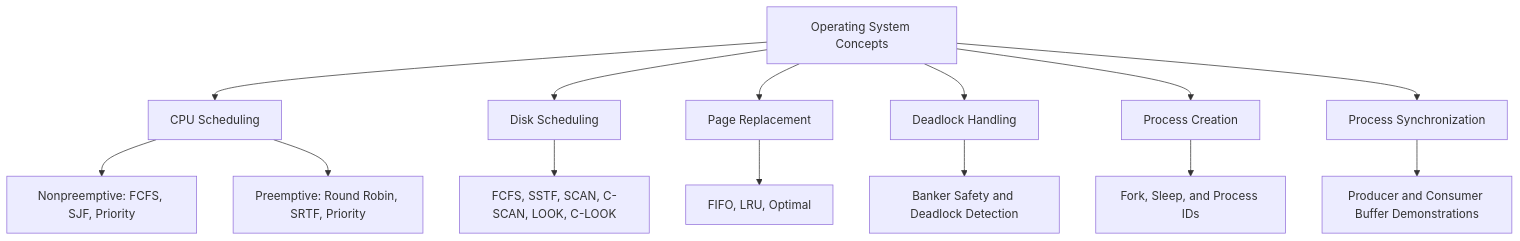
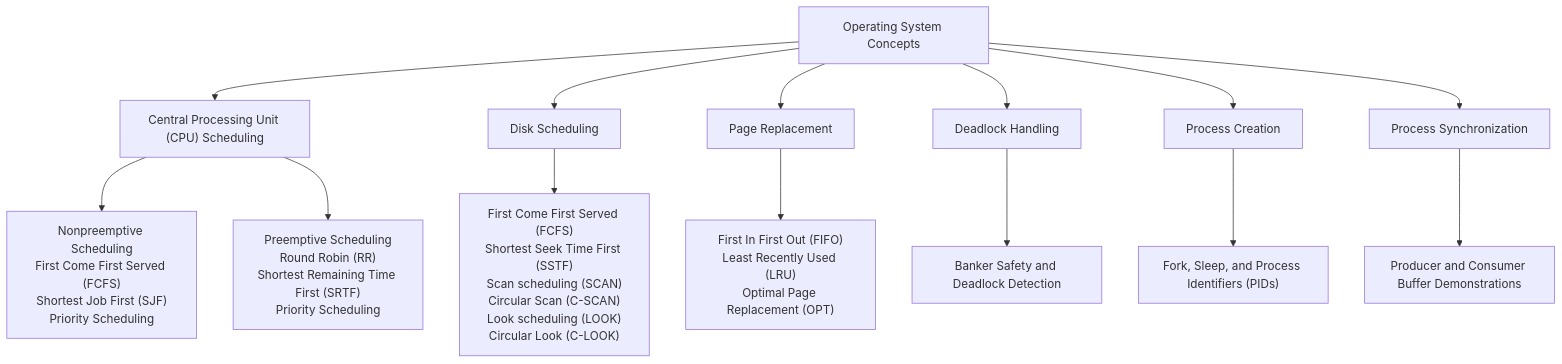
Before and after one commit to sharvilprabhudesai15/Operating-System-Algorithms: the diagram in README.md, drawn with Mermaid. The commit also changed other lines of this file, not shown here.

````diff
--- a/README.md
+++ b/README.md
@@ -31,16 +31,16 @@
 ```mermaid
 flowchart TD
-    OS[Operating System Concepts] --> CPU[CPU Scheduling]
+    OS[Operating System Concepts] --> CPU["Central Processing Unit (CPU) Scheduling"]
     OS --> DISK[Disk Scheduling]
     OS --> MEM[Page Replacement]
     OS --> RES[Deadlock Handling]
     OS --> PROC[Process Creation]
     OS --> SYNC[Process Synchronization]
-    CPU --> NP[Nonpreemptive: FCFS, SJF, Priority]
-    CPU --> P[Preemptive: Round Robin, SRTF, Priority]
-    DISK --> D[FCFS, SSTF, SCAN, C-SCAN, LOOK, C-LOOK]
-    MEM --> M[FIFO, LRU, Optimal]
+    CPU --> NP["Nonpreemptive Scheduling<br/>First Come First Served (FCFS)<br/>Shortest Job First (SJF)<br/>Priority Scheduling"]
+    CPU --> P["Preemptive Scheduling<br/>Round Robin (RR)<br/>Shortest Remaining Time First (SRTF)<br/>Priority Scheduling"]
+    DISK --> D["First Come First Served (FCFS)<br/>Shortest Seek Time First (SSTF)<br/>Scan scheduling (SCAN)<br/>Circular Scan (C-SCAN)<br/>Look scheduling (LOOK)<br/>Circular Look (C-LOOK)"]
+    MEM --> M["First In First Out (FIFO)<br/>Least Recently Used (LRU)<br/>Optimal Page Replacement (OPT)"]
     RES --> R[Banker Safety and Deadlock Detection]
-    PROC --> F[Fork, Sleep, and Process IDs]
+    PROC --> F["Fork, Sleep, and Process Identifiers (PIDs)"]
     SYNC --> S[Producer and Consumer Buffer Demonstrations]
 ```
````
